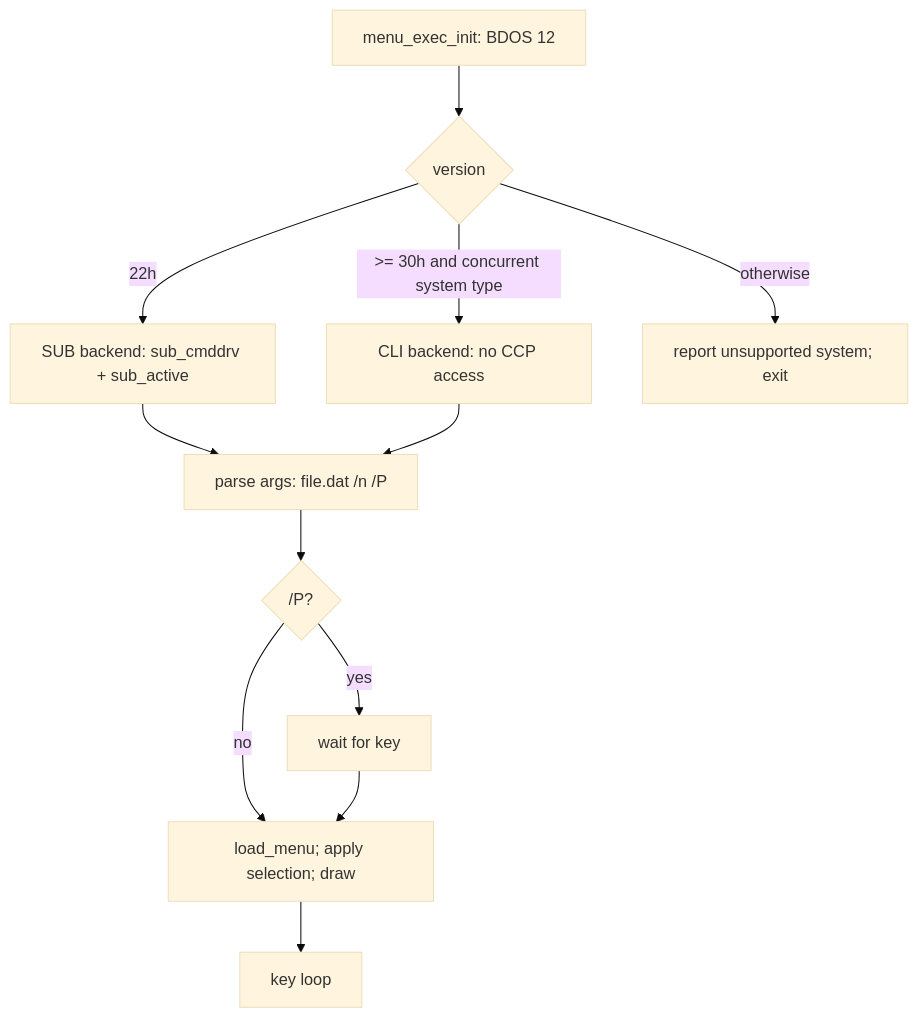
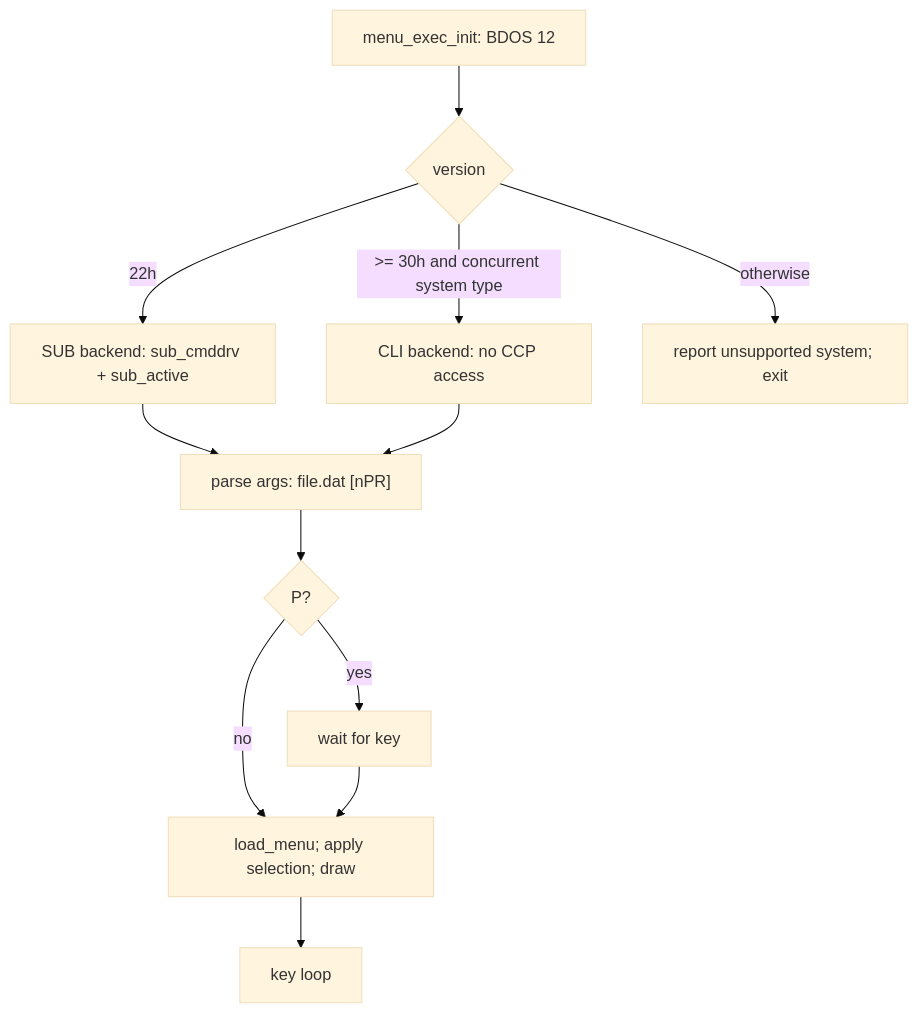
One commit to tsupplis/cpm86-menu changed the second of 6 diagrams in implementation.md. Above: the diagram before and after it, drawn with Mermaid (base theme). The commit also changed other lines of this file and 25 other files, not shown here.

````diff
--- a/implementation.md
+++ b/implementation.md
@@ -79,14 +79,14 @@
 ```mermaid
 flowchart TD
     A["menu_exec_init: BDOS 12"] --> V{"version"}
     V -- "22h" --> SUB["SUB backend: sub_cmddrv + sub_active"]
     V -- ">= 30h and concurrent system type" --> CLI["CLI backend: no CCP access"]
     V -- "otherwise" --> X["report unsupported system; exit"]
-    SUB --> B["parse args: file.dat /n /P"]
+    SUB --> B["parse args: file.dat [nPR]"]
     CLI --> B
-    B --> P{"/P?"}
+    B --> P{"P?"}
     P -- yes --> W["wait for key"]
     P -- no --> L["load_menu; apply selection; draw"]
     W --> L
     L --> K["key loop"]
 ```
````
